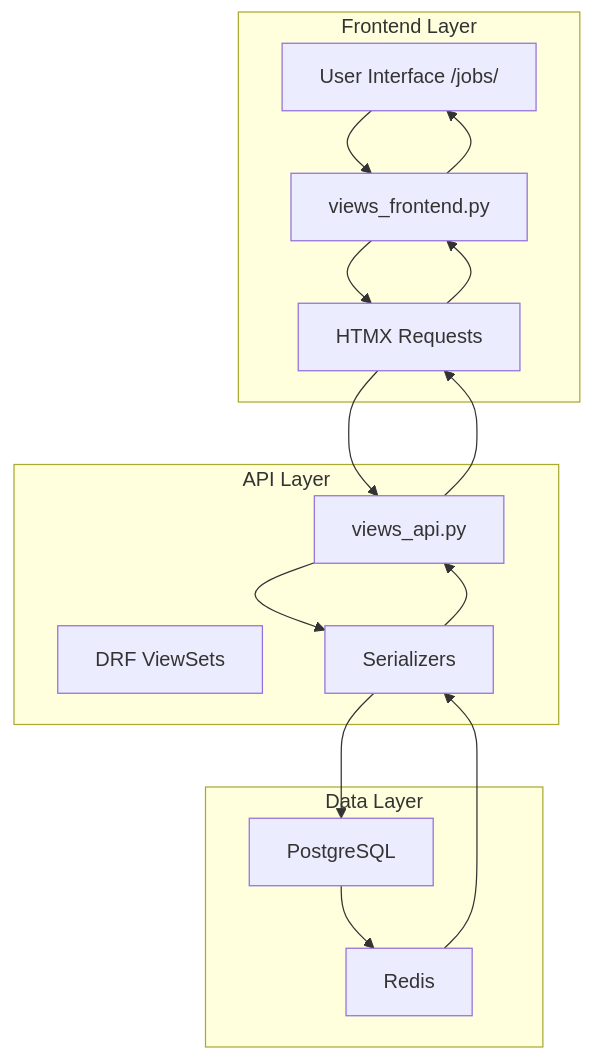
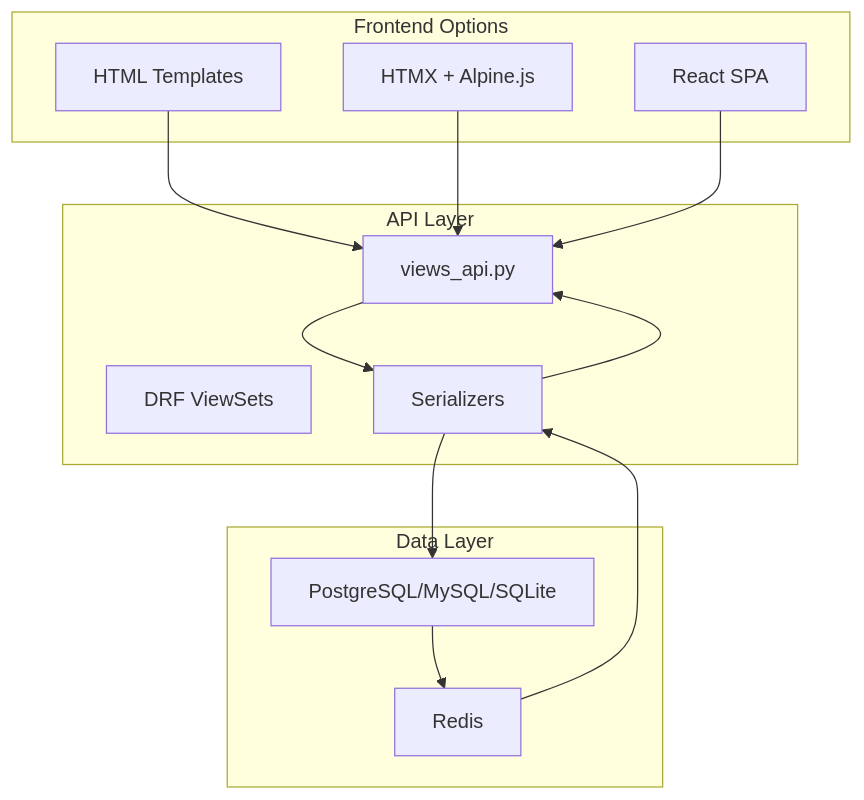
The diagram in ARCHITECTURE.md (kingoftech-v01/dual-apps), drawn with Mermaid before and after one commit. The commit also changed other lines of this file and 7 other files, not shown here.

````diff
--- a/ARCHITECTURE.md
+++ b/ARCHITECTURE.md
@@ -32,31 +33,28 @@
 ```mermaid
 graph TB
-    subgraph "Frontend Layer"
-        UI[User Interface /jobs/]
-        VF[views_frontend.py]
-        HTMX[HTMX Requests]
+    subgraph "Frontend Options"
+        HTML[HTML Templates]
+        HTMX[HTMX + Alpine.js]
+        REACT[React SPA]
     end
 
     subgraph "API Layer"
         VA[views_api.py]
         DRF[DRF ViewSets]
         S[Serializers]
     end
 
     subgraph "Data Layer"
-        DB[PostgreSQL]
+        DB[PostgreSQL/MySQL/SQLite]
         Cache[Redis]
     end
 
-    UI --> VF
-    VF --> HTMX
+    HTML --> VA
     HTMX --> VA
+    REACT --> VA
     VA --> S
     S --> DB
     DB --> Cache
     Cache --> S
     S --> VA
-    VA --> HTMX
-    HTMX --> VF
-    VF --> UI
 ```
````
